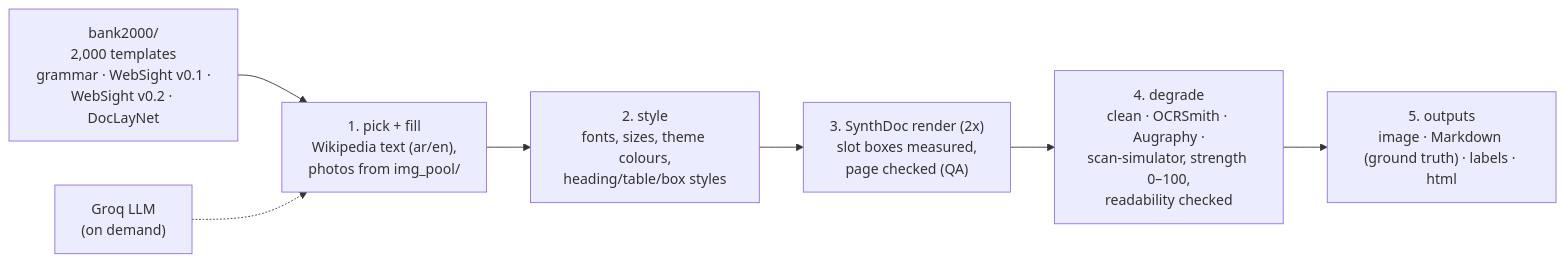
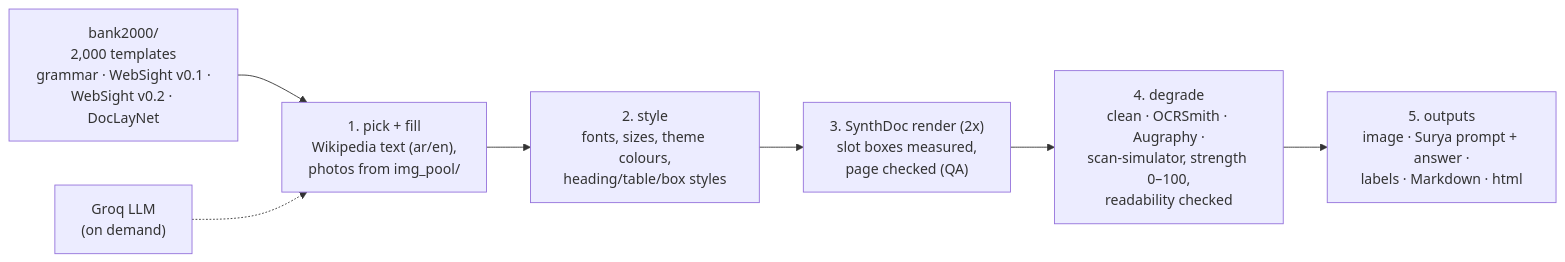
One commit to Yousef10p/OCRSynthGen changed the first of 2 diagrams in README.md. Above: the diagram before and after it, drawn with Mermaid. The commit also changed other lines of this file and 30 other files, not shown here.

````diff
--- a/README.md
+++ b/README.md
@@ -23,10 +24,10 @@
 ```mermaid
 flowchart LR
     B["bank2000/<br/>2,000 templates<br/>grammar · WebSight v0.1 ·<br/>WebSight v0.2 · DocLayNet"] --> F
     L["Groq LLM<br/>(on demand)"] -.-> F
     F["1. pick + fill<br/>Wikipedia text (ar/en),<br/>photos from img_pool/"] --> S
     S["2. style<br/>fonts, sizes, theme colours,<br/>heading/table/box styles"] --> R
     R["3. SynthDoc render (2x)<br/>slot boxes measured,<br/>page checked (QA)"] --> D
     D["4. degrade<br/>clean · OCRSmith · Augraphy ·<br/>scan-simulator, strength 0–100,<br/>readability checked"] --> G
-    G["5. outputs<br/>image · Markdown (ground truth) · labels · html"]
+    G["5. outputs<br/>image · Surya prompt + answer ·<br/>labels · Markdown · html"]
 ```
````
